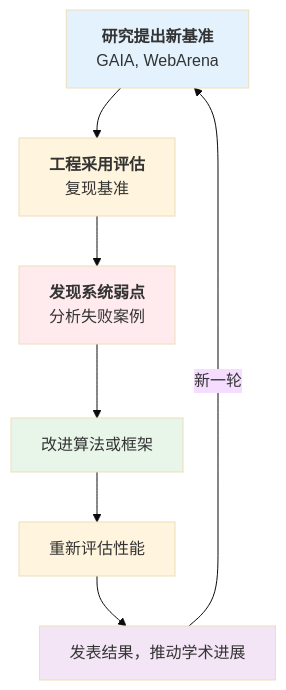
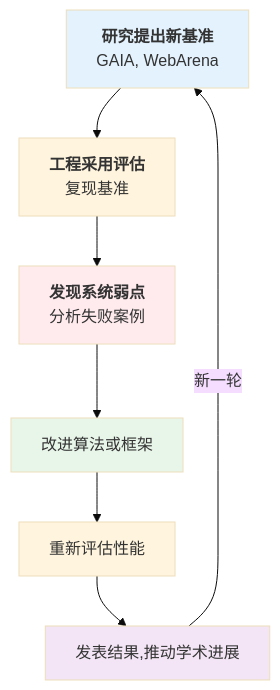
One commit to yeasy/harness_engineering_guide changed the second of 2 diagrams in 13_evaluation/summary.md. Above: the diagram before and after it, drawn with Mermaid (base theme). The commit also changed 94 other files, not shown here.

````diff
--- a/13_evaluation/summary.md
+++ b/13_evaluation/summary.md
@@ -126,14 +126,14 @@
 ```mermaid
 flowchart TD
     A["<b>研究提出新基准</b><br/>GAIA, WebArena"] --> B["<b>工程采用评估</b><br/>复现基准"]
     B --> C["<b>发现系统弱点</b><br/>分析失败案例"]
     C --> D["改进算法或框架"]
     D --> E["重新评估性能"]
-    E --> F["发表结果，推动学术进展"]
+    E --> F["发表结果,推动学术进展"]
     F -->|新一轮| A
 
     style A fill:#e3f2fd
     style C fill:#ffebee
     style D fill:#e8f5e9
     style F fill:#f3e5f5
 ```
````
